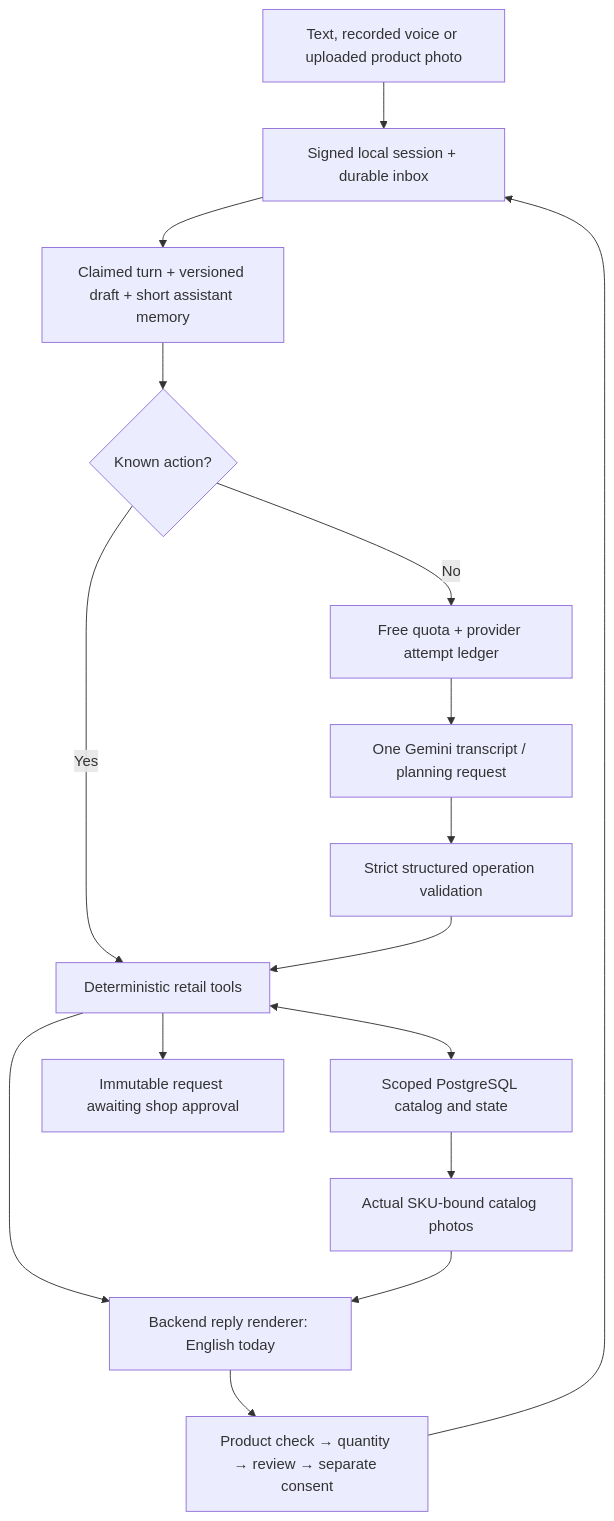
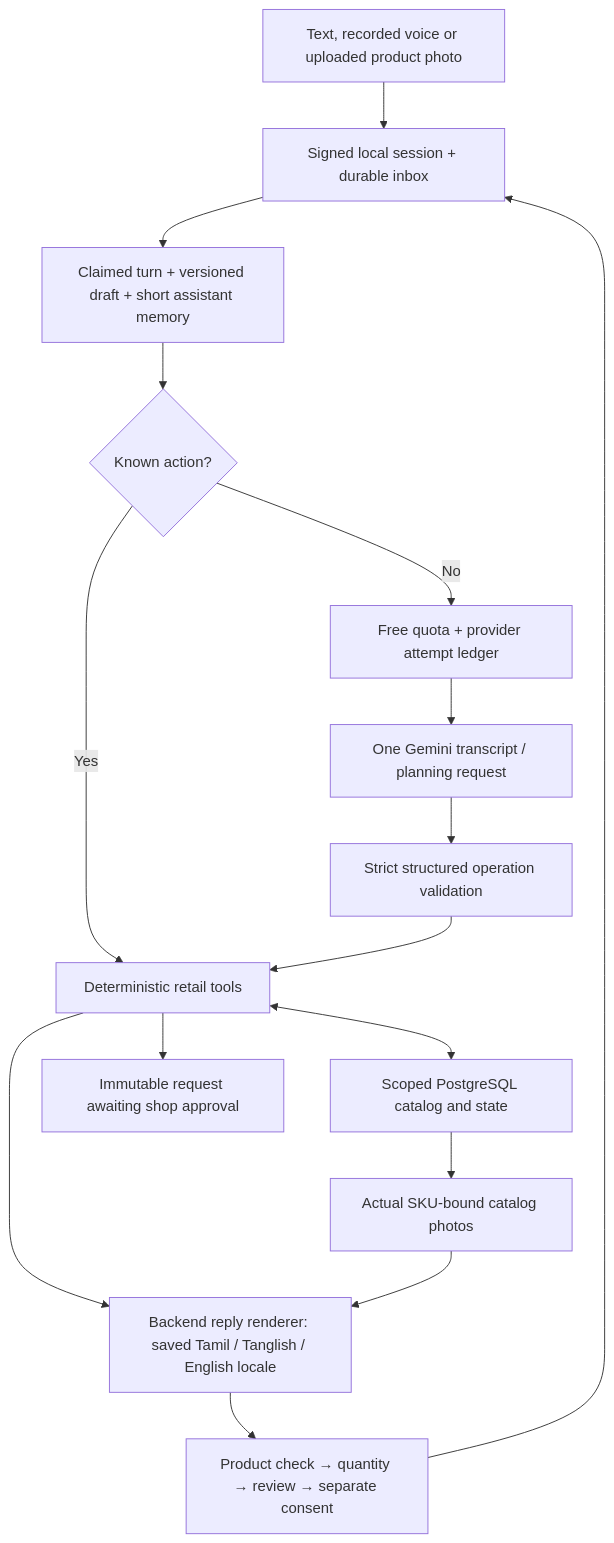
The diagram in 02-Build/shopbot-ai/ARCHITECTURE.md (sagomedia/agent-native-whatsapp-bot), drawn with Mermaid before and after one commit. The commit also changed other lines of this file and 37 other files, not shown here.

````diff
--- a/02-Build/shopbot-ai/ARCHITECTURE.md
+++ b/02-Build/shopbot-ai/ARCHITECTURE.md
@@ -5,18 +5,18 @@
 ```mermaid
 flowchart TD
   Input[Text, recorded voice or uploaded product photo] --> Ingress[Signed local session + durable inbox]
   Ingress --> Runtime[Claimed turn + versioned draft + short assistant memory]
   Runtime --> Known{Known action?}
   Known -->|Yes| Tools[Deterministic retail tools]
   Known -->|No| Quota[Free quota + provider attempt ledger]
   Quota --> AI[One Gemini transcript / planning request]
   AI --> Validate[Strict structured operation validation]
   Validate --> Tools
   Tools <--> SQL[Scoped PostgreSQL catalog and state]
   SQL --> Photos[Actual SKU-bound catalog photos]
-  Tools --> Reply[Backend reply renderer: English today]
+  Tools --> Reply[Backend reply renderer: saved Tamil / Tanglish / English locale]
   Photos --> Reply
   Reply --> Customer[Product check → quantity → review → separate consent]
   Customer --> Ingress
   Tools --> Request[Immutable request awaiting shop approval]
 ```
````
